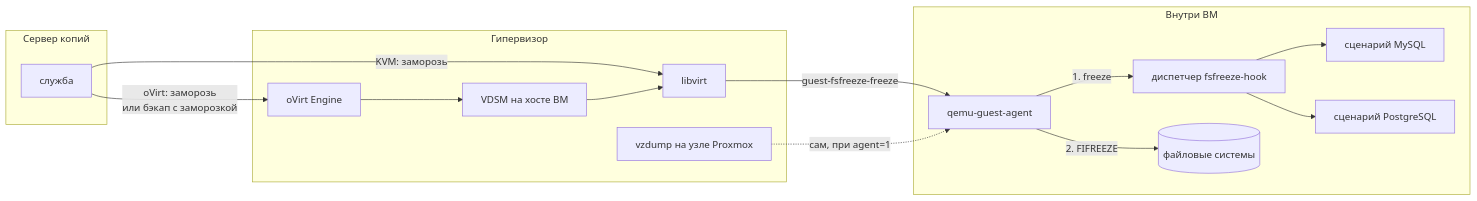
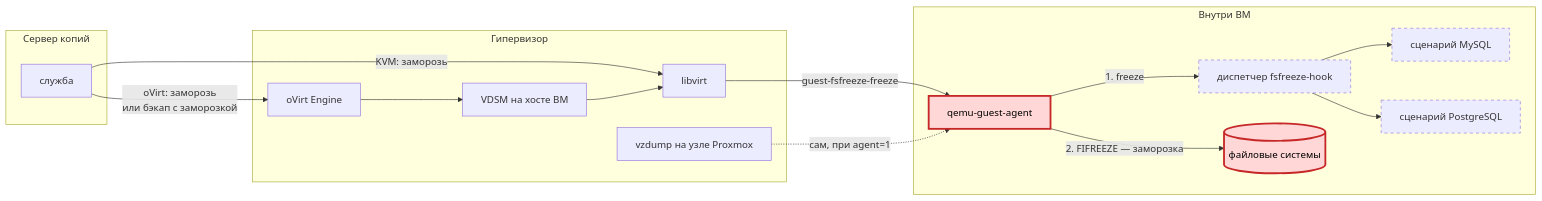
One commit to Variel42k/ovirt-backup changed the second of 13 diagrams in docs/GUEST-FREEZE.md. Above: the diagram before and after it, drawn with Mermaid. The commit also changed other lines of this file, not shown here.

````diff
--- a/docs/GUEST-FREEZE.md
+++ b/docs/GUEST-FREEZE.md
@@ -66,29 +68,34 @@
 ```mermaid
 flowchart LR
     subgraph backup["Сервер копий"]
         S["служба"]
     end
     subgraph hv["Гипервизор"]
         E["oVirt Engine"]
         V["VDSM на хосте ВМ"]
         L["libvirt"]
         P["vzdump на узле Proxmox"]
     end
     subgraph vm["Внутри ВМ"]
         A["qemu-guest-agent"]
         H["диспетчер fsfreeze-hook"]
         MY["сценарий MySQL"]
         PG["сценарий PostgreSQL"]
         FS[("файловые системы")]
     end
     S -->|"KVM: заморозь"| L
     S -->|"oVirt: заморозь<br/>или бэкап с заморозкой"| E
     E --> V
     V --> L
     L -->|"guest-fsfreeze-freeze"| A
     P -.->|"сам, при agent=1"| A
     A -->|"1. freeze"| H
     H --> MY
     H --> PG
-    A -->|"2. FIFREEZE"| FS
+    A -->|"2. FIFREEZE — заморозка"| FS
+
+    classDef freezer fill:#ffd7d7,stroke:#c62828,stroke-width:3px,color:#000
+    classDef prep stroke-dasharray:5 5
+    class A,FS freezer
+    class H,MY,PG prep
 ```
````
